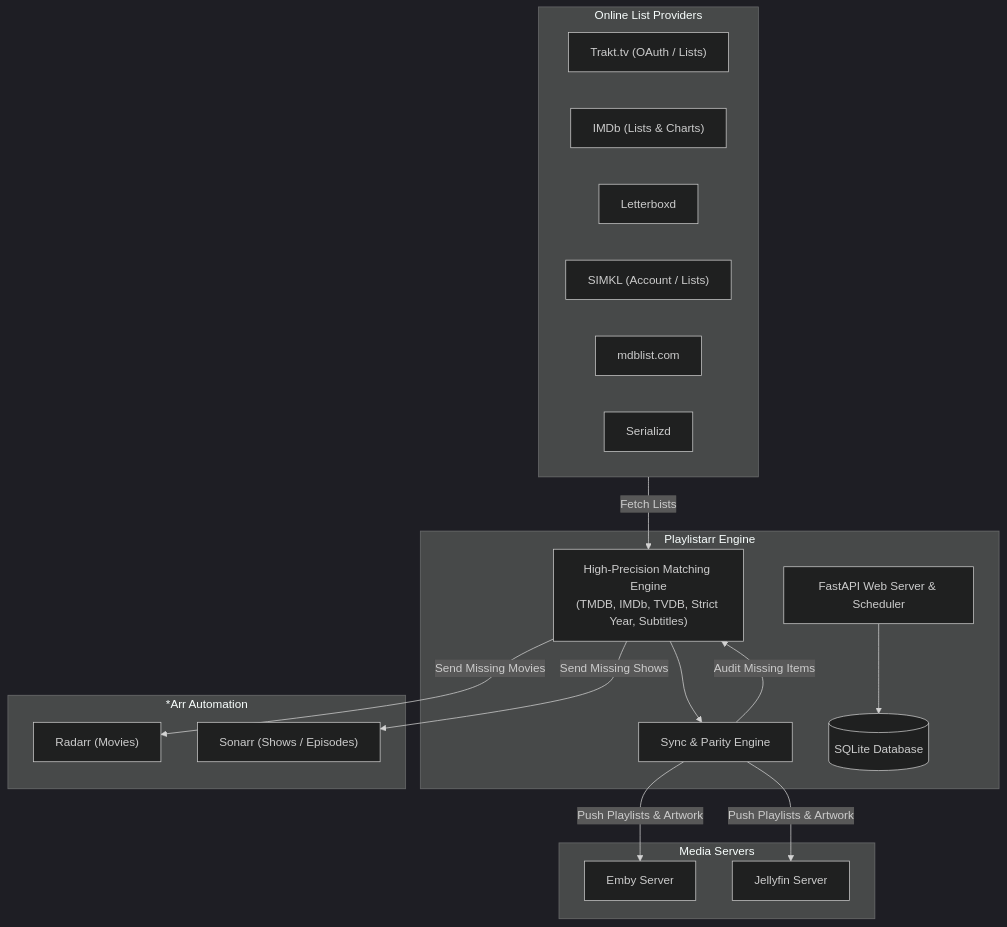
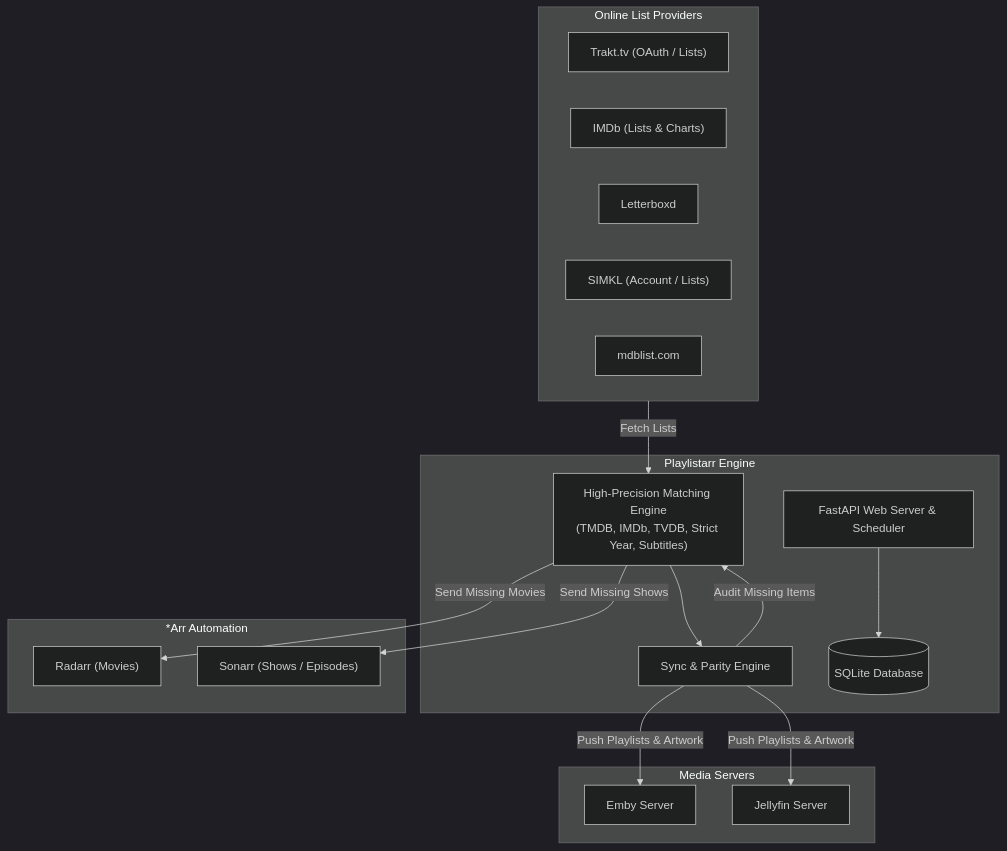
One commit to EatPrilosec/Playlistarr changed the diagram in README.md. Above: the diagram before and after it, drawn with Mermaid (dark theme). The commit also changed other lines of this file, not shown here.

Commit message:
docs: remove all references to Serializd from README

````diff
--- a/README.md
+++ b/README.md
@@ -55,37 +54,36 @@
 ```mermaid
 flowchart TD
     subgraph Sources [Online List Providers]
         Trakt["Trakt.tv (OAuth / Lists)"]
         IMDb["IMDb (Lists & Charts)"]
         Letterboxd["Letterboxd"]
         SIMKL["SIMKL (Account / Lists)"]
         MDBList["mdblist.com"]
-        Serializd["Serializd"]
     end
 
     subgraph Core [Playlistarr Engine]
         API["FastAPI Web Server & Scheduler"]
         Matcher["High-Precision Matching Engine<br/>(TMDB, IMDb, TVDB, Strict Year, Subtitles)"]
         SyncEngine["Sync & Parity Engine"]
         DB[(SQLite Database)]
     end
 
     subgraph MediaServers [Media Servers]
         Emby["Emby Server"]
         Jellyfin["Jellyfin Server"]
     end
 
     subgraph MediaAutomation [*Arr Automation]
         Radarr["Radarr (Movies)"]
         Sonarr["Sonarr (Shows / Episodes)"]
     end
 
     Sources -->|Fetch Lists| Matcher
     Matcher --> SyncEngine
     API --> DB
     SyncEngine -->|Push Playlists & Artwork| Emby
     SyncEngine -->|Push Playlists & Artwork| Jellyfin
     SyncEngine -->|Audit Missing Items| Matcher
     Matcher -->|Send Missing Movies| Radarr
     Matcher -->|Send Missing Shows| Sonarr
 ```
````
